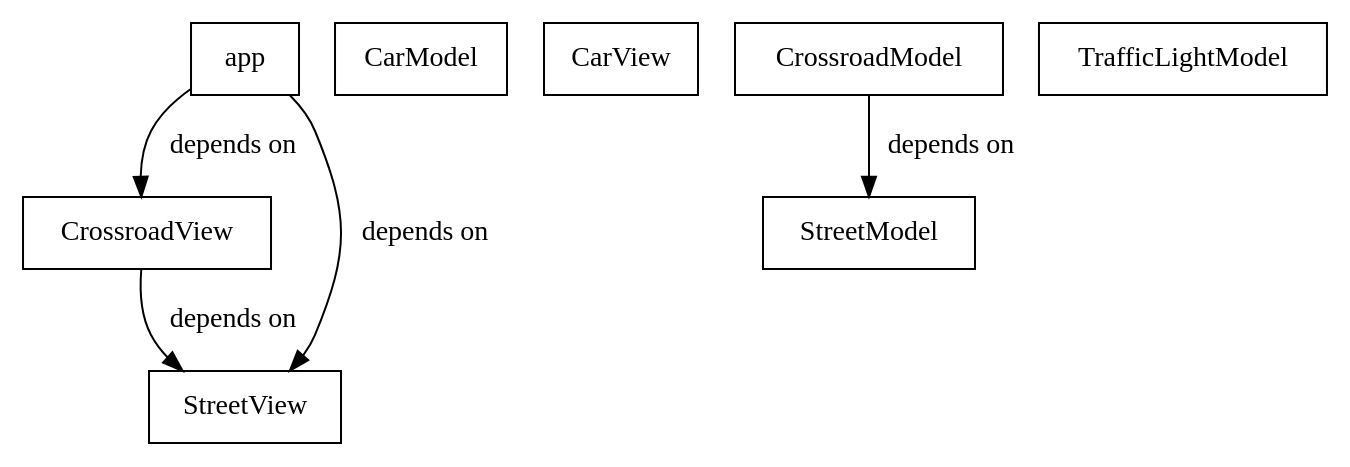
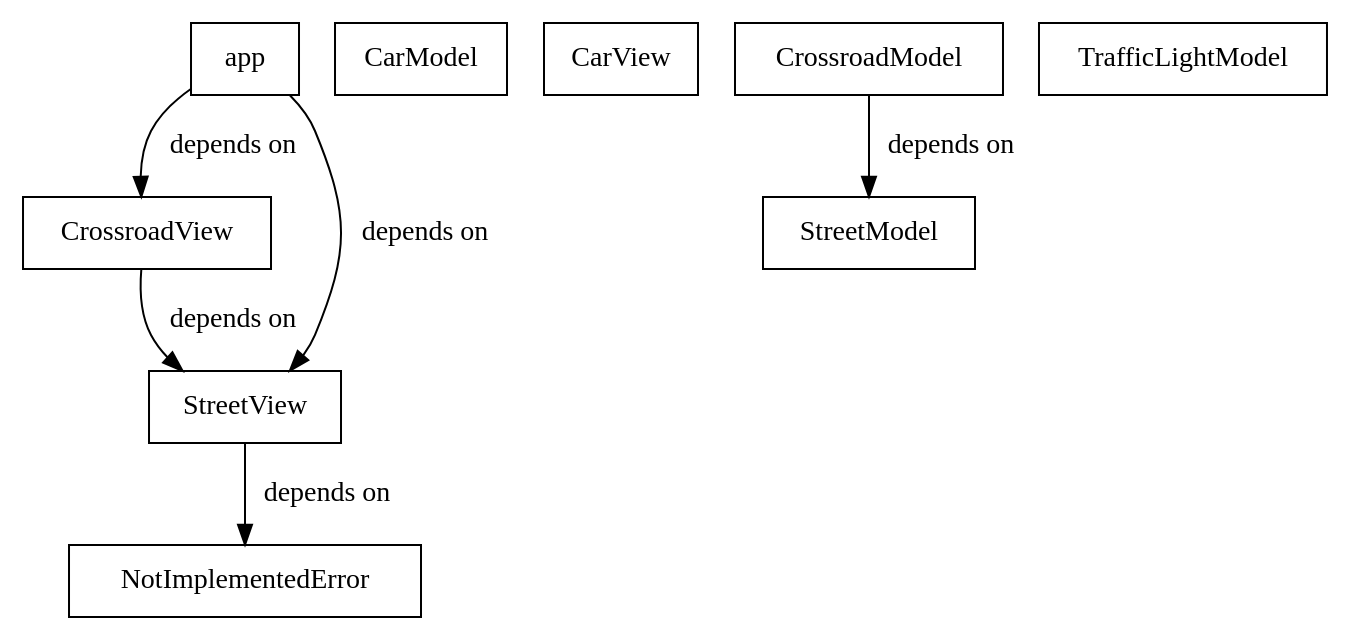
One commit to Ryuno-Ki/js13kgames-2016 changed the diagram in dependencies.dot. Above: the diagram before and after it, drawn with Graphviz. The commit also changed 6 other files, not shown here.

```diff
--- a/dependencies.dot
+++ b/dependencies.dot
@@ -1,15 +1,17 @@
 digraph G {
     app [shape=box];
     CarModel [shape=box];
     CarView [shape=box];
     CrossroadModel [shape=box];
     CrossroadView [shape=box];
+    NotImplementedError [shape=box];
     StreetModel [shape=box];
     StreetView [shape=box];
     TrafficLightModel [shape=box];
 
     app -> CrossroadView [label="depends on"];
     app -> StreetView [label="depends on"];
     CrossroadModel -> StreetModel [label="depends on"];
     CrossroadView -> StreetView [label="depends on"];
+    StreetView -> NotImplementedError [label="depends on"];
 }
```
